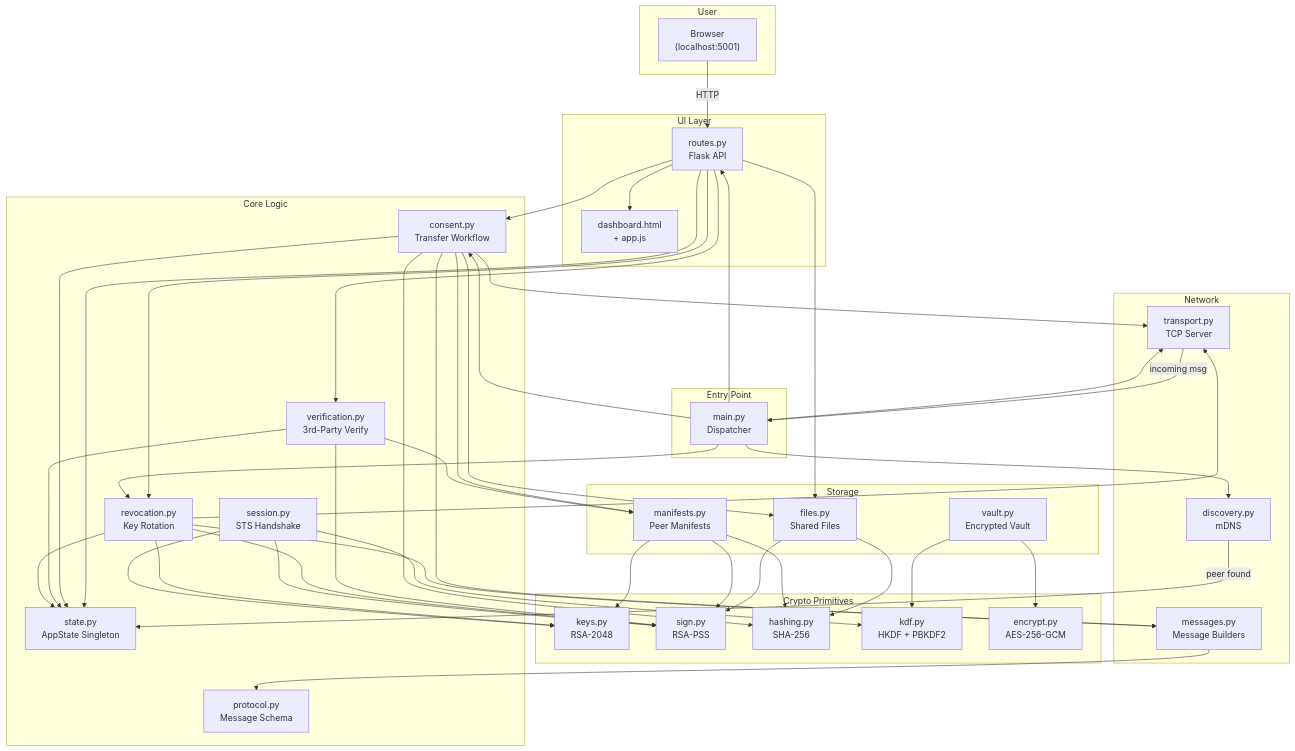
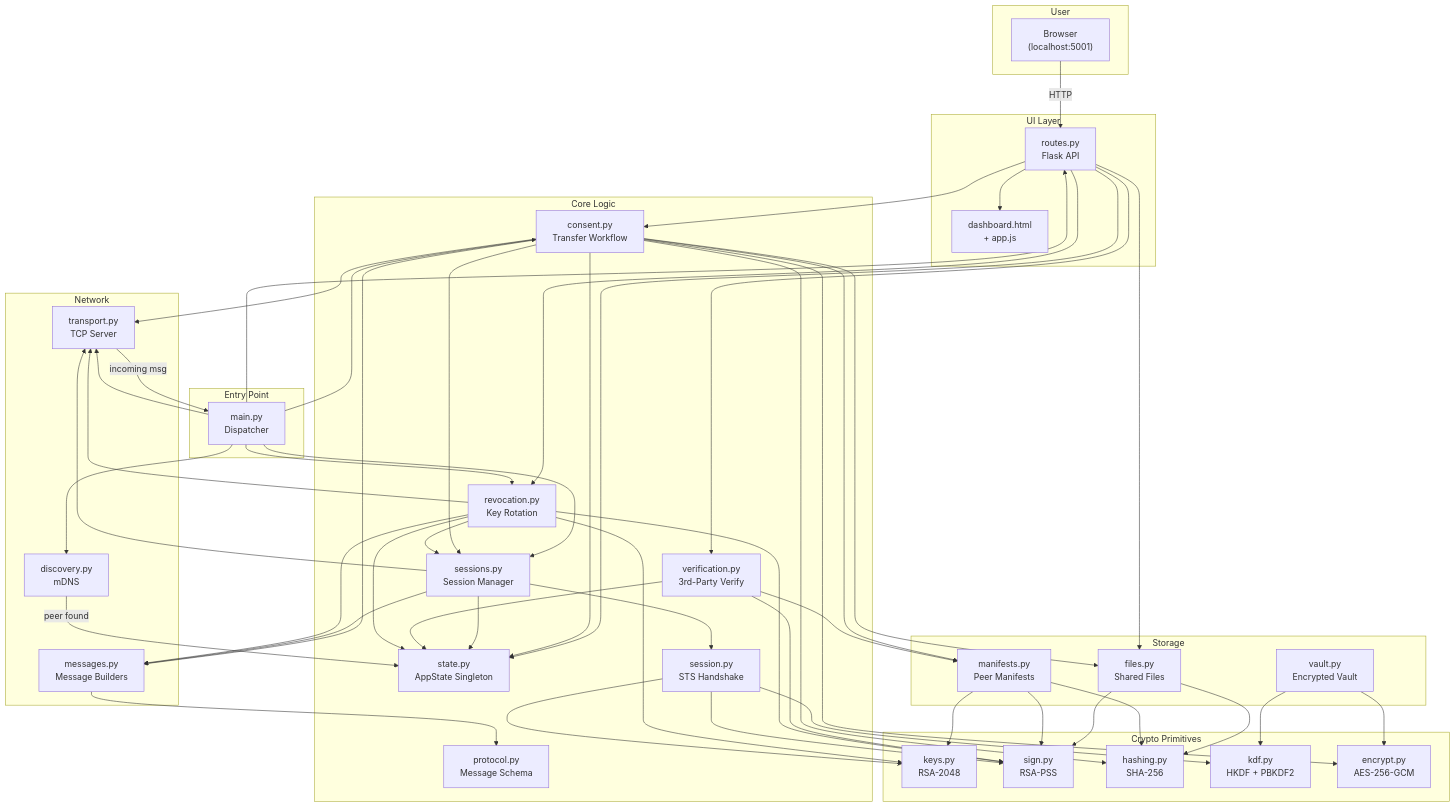
Before and after one commit to KY-028/cisc468-p2pfilesharing: the first of 11 diagrams in python_client/ARCHITECTURE.md, drawn with Mermaid. The commit also changed other lines of this file and 11 other files, not shown here.

```diff
--- a/python_client/ARCHITECTURE.md
+++ b/python_client/ARCHITECTURE.md
@@ -139,6 +141,7 @@
         State["state.py<br/>AppState Singleton"]
         Protocol["protocol.py<br/>Message Schema"]
         Session["session.py<br/>STS Handshake"]
+        Sessions["sessions.py<br/>Session Manager"]
         Consent["consent.py<br/>Transfer Workflow"]
         Verify["verification.py<br/>3rd-Party Verify"]
         Revoke["revocation.py<br/>Key Rotation"]
@@ -181,6 +184,7 @@
     Main --> Discovery
     Main --> Consent
     Main --> Revoke
+    Main --> Sessions
 
     Transport -->|"incoming msg"| Main
     Discovery -->|"peer found"| State
@@ -191,6 +195,13 @@
     Consent --> Files
     Consent --> Manifests
     Consent --> Hash
+    Consent --> Sessions
+    Consent --> Encrypt
+
+    Sessions --> Session
+    Sessions --> Transport
+    Sessions --> Messages
+    Sessions --> State
 
     Verify --> State
     Verify --> Sign
@@ -201,6 +212,7 @@
     Revoke --> Sign
     Revoke --> Messages
     Revoke --> Transport
+    Revoke --> Sessions
 
     Session --> Keys
     Session --> Sign
```
